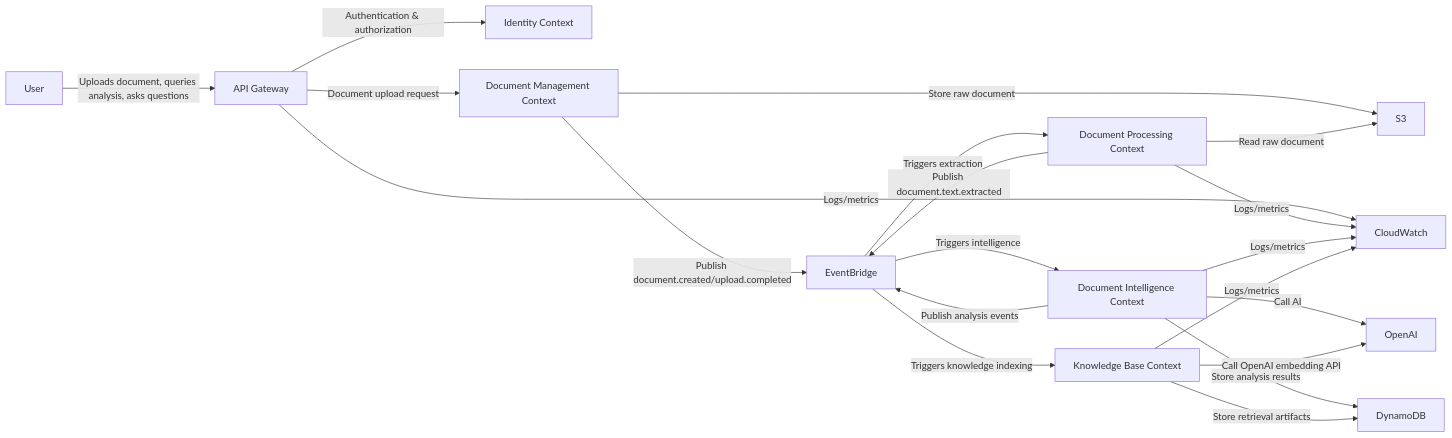
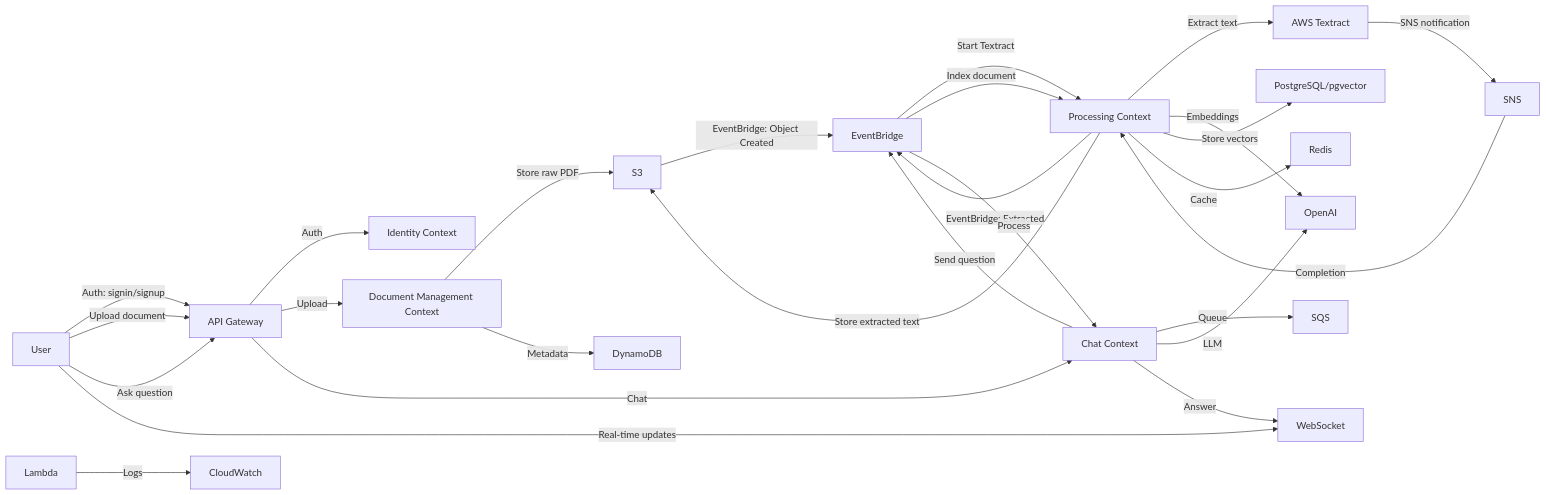
Before and after one commit to Joaopydev/doc-insights: the first of 2 diagrams in docs/architecture.md, drawn with Mermaid. The commit also changed other lines of this file and 14 other files, not shown here.

````diff
--- a/docs/architecture.md
+++ b/docs/architecture.md
@@ -319,35 +362,53 @@
 ```mermaid
 flowchart LR
   User[User]
   API[API Gateway]
   Identity[Identity Context]
   DocMgmt[Document Management Context]
-  Processing[Document Processing Context]
-  Intelligence[Document Intelligence Context]
-  KB[Knowledge Base Context]
+  Processing[Processing Context]
+  Chat[Chat Context]
   OpenAI[OpenAI]
+  Textract[AWS Textract]
   S3[S3]
   DynamoDB[DynamoDB]
   EventBridge[EventBridge]
+  SNS[SNS]
+  SQS[SQS]
+  Redis[Redis]
+  Neon[PostgreSQL/pgvector]
   CloudWatch[CloudWatch]
+  WebSocket[WebSocket]
 
-  User -->|Uploads document, queries analysis, asks questions| API
-  API -->|Authentication & authorization| Identity
-  API -->|Document upload request| DocMgmt
-  DocMgmt -->|Store raw document| S3
-  DocMgmt -->|Publish document.created/upload.completed| EventBridge
-  EventBridge -->|Triggers extraction| Processing
-  Processing -->|Read raw document| S3
-  Processing -->|Publish document.text.extracted| EventBridge
-  EventBridge -->|Triggers intelligence| Intelligence
-  Intelligence -->|Call AI| OpenAI
-  Intelligence -->|Store analysis results| DynamoDB
-  Intelligence -->|Publish analysis events| EventBridge
-  EventBridge -->|Triggers knowledge indexing| KB
-  KB -->|Call OpenAI embedding API| OpenAI
-  KB -->|Store retrieval artifacts| DynamoDB
-  API -->|Logs/metrics| CloudWatch
-  Processing -->|Logs/metrics| CloudWatch
-  Intelligence -->|Logs/metrics| CloudWatch
-  KB -->|Logs/metrics| CloudWatch
+  User -->|Auth: signin/signup| API
+  User -->|Upload document| API
+  User -->|Ask question| API
+  User -->|Real-time updates| WebSocket
+
+  API -->|Auth| Identity
+  API -->|Upload| DocMgmt
+  API -->|Chat| Chat
+
+  DocMgmt -->|Store raw PDF| S3
+  DocMgmt -->|Metadata| DynamoDB
+  S3 -->|EventBridge: Object Created| EventBridge
+
+  EventBridge -->|Start Textract| Processing
+  Processing -->|Extract text| Textract
+  Textract -->|SNS notification| SNS
+  SNS -->|Completion| Processing
+  Processing -->|Store extracted text| S3
+  Processing -->|EventBridge: Extracted| EventBridge
+
+  EventBridge -->|Index document| Processing
+  Processing -->|Embeddings| OpenAI
+  Processing -->|Store vectors| Neon
+  Processing -->|Cache| Redis
+
+  Chat -->|Send question| EventBridge
+  Chat -->|Queue| SQS
+  EventBridge -->|Process| Chat
+  Chat -->|LLM| OpenAI
+  Chat -->|Answer| WebSocket
+
+  Lambda -->|Logs| CloudWatch
 ```
````
